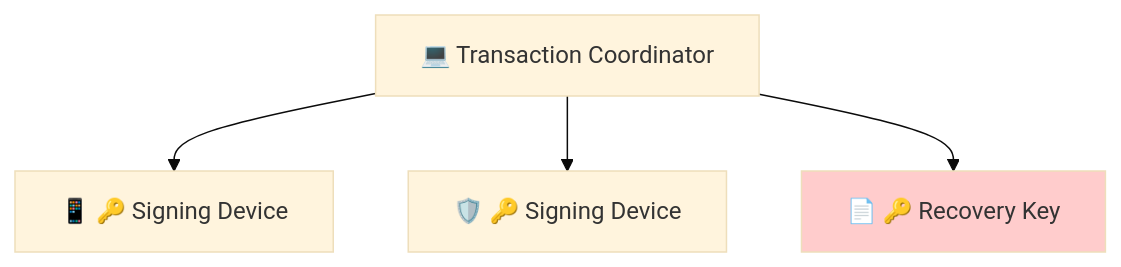
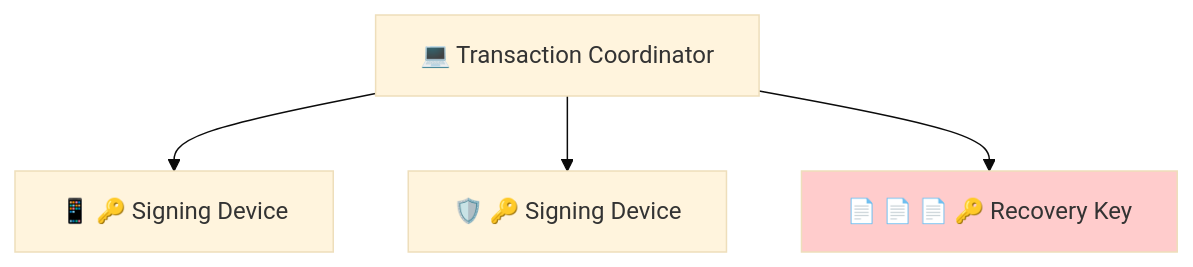
Before and after one commit to BlockchainCommons/SmartCustody: the first of 16 diagrams in Docs/Scenario-Multisig.md, drawn with Mermaid.

````diff
--- a/Docs/Scenario-Multisig.md
+++ b/Docs/Scenario-Multisig.md
@@ -18,13 +18,13 @@
 ```mermaid
 %%{init: {'theme': 'base', 'themeVariables': { 'fontSize': '50'}}}%%
     graph TD;
     A["💻 Transaction Coordinator"]
     B["📱 🔑 Signing Device"]
     C["🛡️ 🔑 Signing Device"]
-    D["📄 🔑 Recovery Key"]
+    D["📄 📄 📄 🔑 Recovery Key"]
     A-->B;
     A-->C;
     A-->D;
     
 style D fill:#ffcccc;
 ```
````
